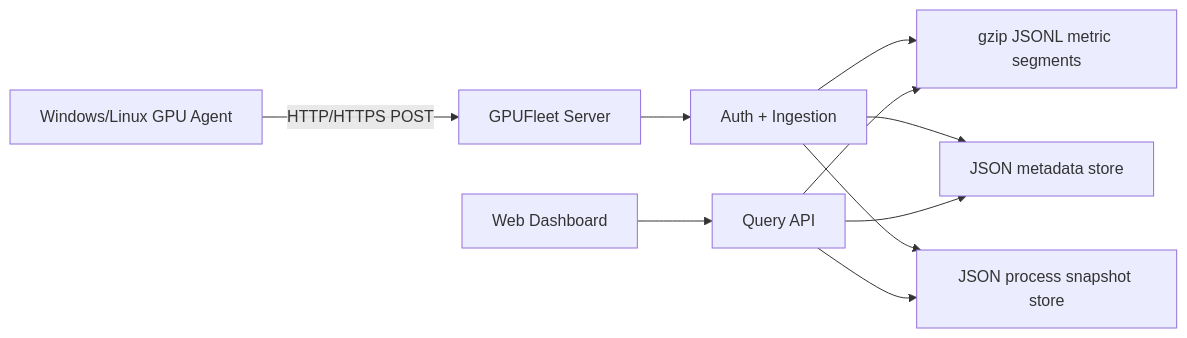
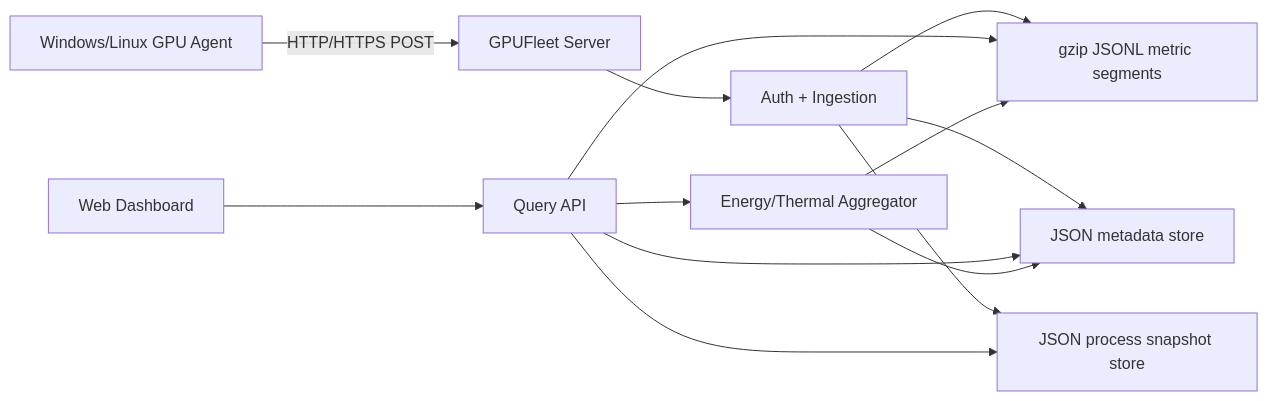
Before and after one commit to stlin256/GPU-Fleet: the diagram in docs/02-architecture.md, drawn with Mermaid. The commit also changed other lines of this file and 13 other files, not shown here.

````diff
--- a/docs/02-architecture.md
+++ b/docs/02-architecture.md
@@ -13,12 +13,15 @@
 ```mermaid
 flowchart LR
   A["Windows/Linux GPU Agent"] -->|HTTP/HTTPS POST| B["GPUFleet Server"]
   B --> C["Auth + Ingestion"]
   C --> D["gzip JSONL metric segments"]
   C --> E["JSON metadata store"]
   C --> H["JSON process snapshot store"]
   F["Web Dashboard"] --> G["Query API"]
   G --> D
   G --> E
   G --> H
+  G --> I["Energy/Thermal Aggregator"]
+  I --> D
+  I --> E
 ```
````
